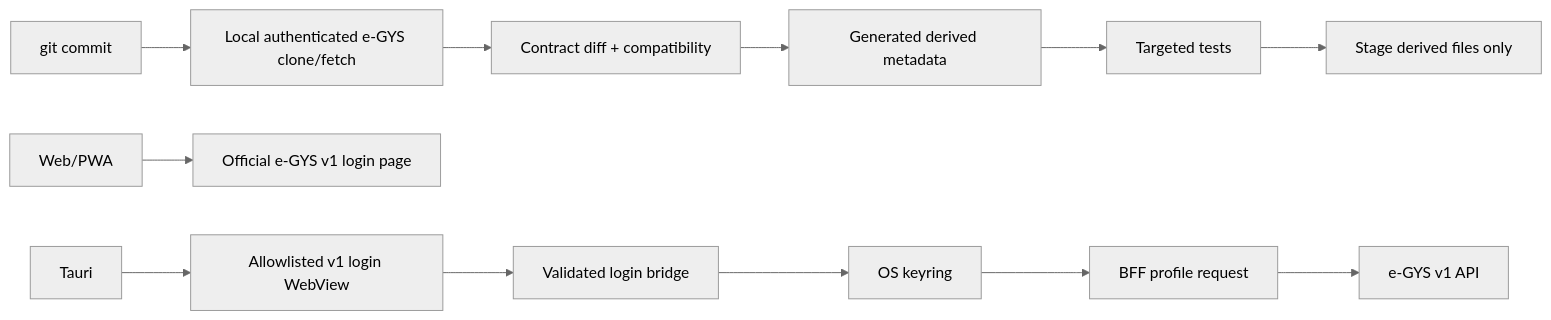
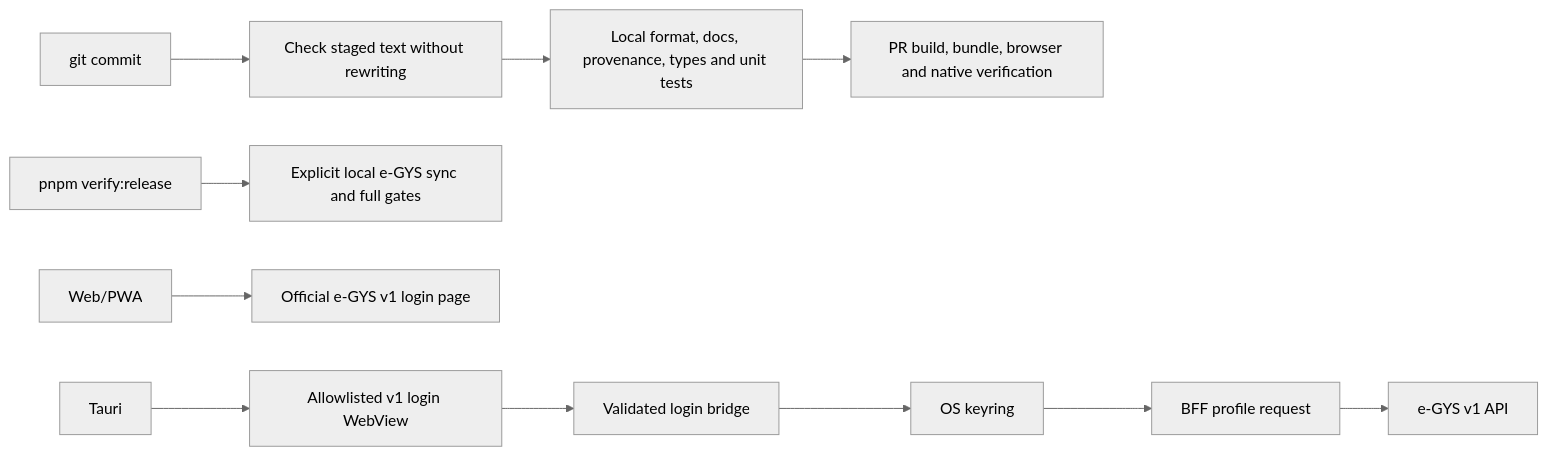
One commit to gyspnk/GYSApp-Tauri changed the eighth of 8 diagrams in README.md. Above: the diagram before and after it, drawn with Mermaid (neutral theme). The commit also changed other lines of this file and 14 other files, not shown here.

````diff
--- a/README.md
+++ b/README.md
@@ -158,9 +158,10 @@
 ```mermaid
 flowchart LR
-  COMMIT["git commit"] --> SYNC["Local authenticated e-GYS clone/fetch"]
-  SYNC --> DIFF["Contract diff + compatibility"] --> DERIVED["Generated derived metadata"]
-  DERIVED --> TEST["Targeted tests"] --> STAGE["Stage derived files only"]
+  COMMIT["git commit"] --> INDEX["Check staged text without rewriting"]
+  INDEX --> PUSH["Local format, docs, provenance, types and unit tests"]
+  PUSH --> CI["PR build, bundle, browser and native verification"]
+  RELEASE["pnpm verify:release"] --> SYNC["Explicit local e-GYS sync and full gates"]
   WEB["Web/PWA"] --> LOGIN["Official e-GYS v1 login page"]
   APP["Tauri"] --> WEBVIEW["Allowlisted v1 login WebView"] --> BRIDGE["Validated login bridge"]
   BRIDGE --> KEYRING["OS keyring"] --> BFF["BFF profile request"] --> API["e-GYS v1 API"]
 ```
````
